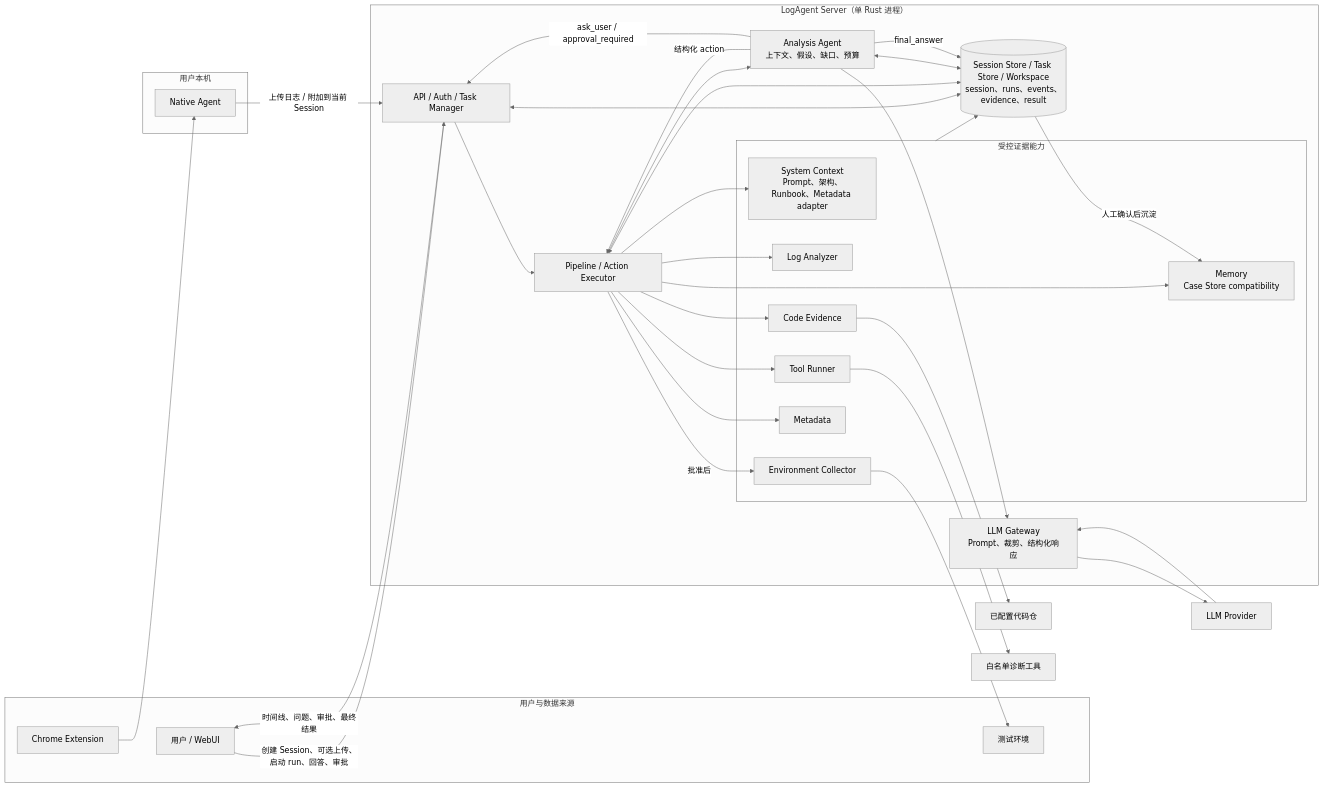
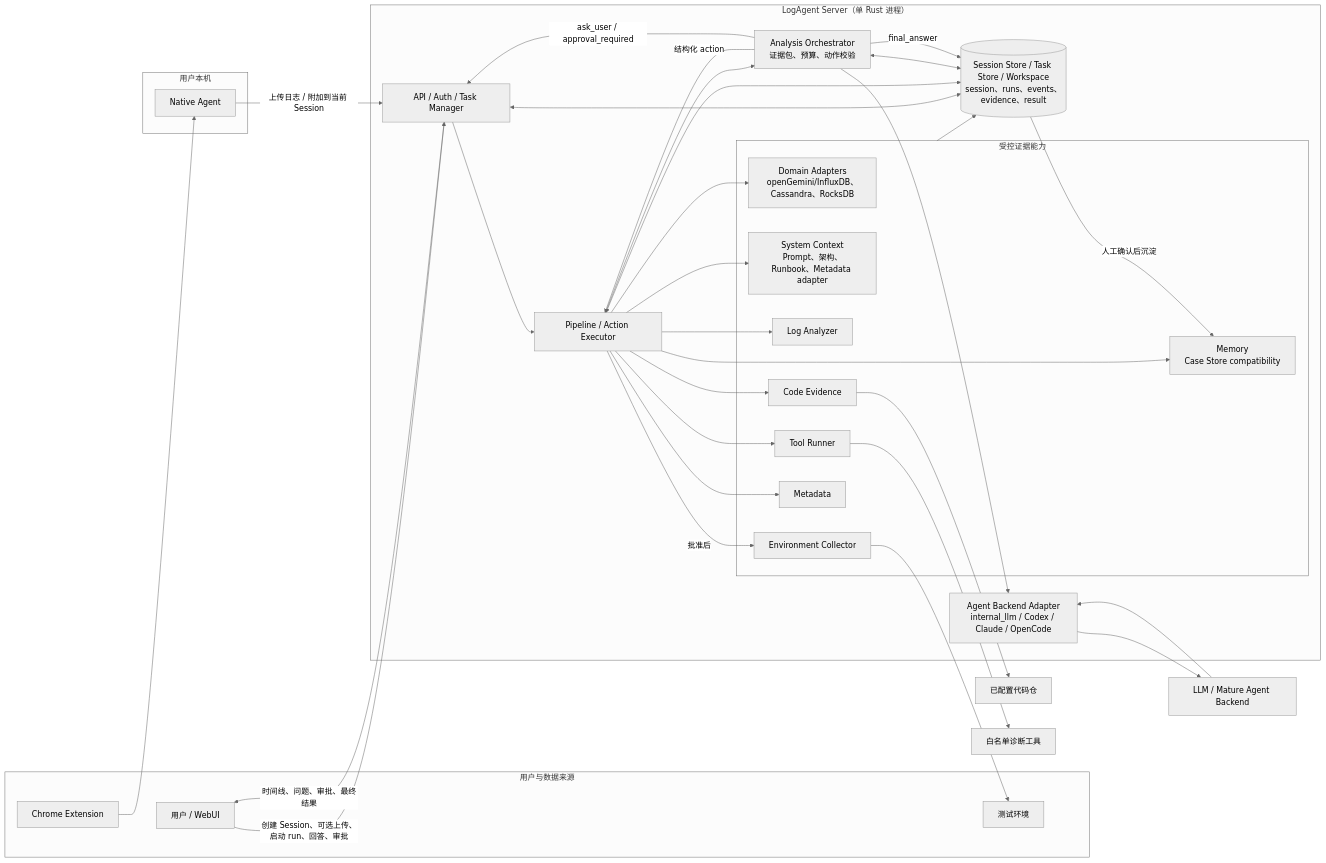
The diagram in README.md (zhiwangdu/prd_assistant), drawn with Mermaid (neutral theme) before and after one commit. The commit also changed other lines of this file and 54 other files, not shown here.

Commit message:
feat: add agent backend direction

````diff
--- a/README.md
+++ b/README.md
@@ -58,67 +61,69 @@
 ```mermaid
 flowchart LR
     subgraph Inputs["用户与数据来源"]
         User["用户 / WebUI"]
         Chrome["Chrome Extension"]
         TestEnv["测试环境"]
     end
 
     subgraph Local["用户本机"]
         Native["Native Agent"]
     end
 
     subgraph ServerBoundary["LogAgent Server（单 Rust 进程）"]
         API["API / Auth / Task Manager"]
         Orchestrator["Pipeline / Action Executor"]
-        Agent["Analysis Agent<br/>上下文、假设、缺口、预算"]
-        Gateway["LLM Gateway<br/>Prompt、裁剪、结构化响应"]
+        Agent["Analysis Orchestrator<br/>证据包、预算、动作校验"]
+        Gateway["Agent Backend Adapter<br/>internal_llm / Codex / Claude / OpenCode"]
 
         subgraph Evidence["受控证据能力"]
+            Domains["Domain Adapters<br/>openGemini/InfluxDB、Cassandra、RocksDB"]
             SysCtx["System Context<br/>Prompt、架构、Runbook、Metadata adapter"]
             Log["Log Analyzer"]
             Tool["Tool Runner"]
             Code["Code Evidence"]
             Env["Environment Collector"]
             Meta["Metadata"]
             Cases["Memory<br/>Case Store compatibility"]
         end
 
         Store[("Session Store / Task Store / Workspace<br/>session、runs、events、evidence、result")]
     end
 
-    Model["LLM Provider"]
+    Model["LLM / Mature Agent Backend"]
     Repos["已配置代码仓"]
     Tools["白名单诊断工具"]
 
     Chrome --> Native
     Native -->|"上传日志 / 附加到当前 Session"| API
     User -->|"创建 Session、可选上传、启动 run、回答、审批"| API
     API --> Orchestrator
     Orchestrator --> Agent
     Agent -->|"结构化 action"| Orchestrator
     Agent --> Gateway
     Gateway --> Model
     Model --> Gateway
 
+    Orchestrator --> Domains
     Orchestrator --> Log
     Orchestrator --> SysCtx
     Orchestrator --> Tool
     Orchestrator --> Code
     Orchestrator -->|"批准后"| Env
     Orchestrator --> Meta
     Orchestrator --> Cases
 
     Tool --> Tools
     Code --> Repos
     Env --> TestEnv
 
     API <--> Store
     Orchestrator <--> Store
     Agent <--> Store
     Evidence --> Store
 
     Agent -->|"ask_user / approval_required"| API
     API -->|"时间线、问题、审批、最终结果"| User
     Agent -->|"final_answer"| Store
     Store -->|"人工确认后沉淀"| Cases
 ```
````
